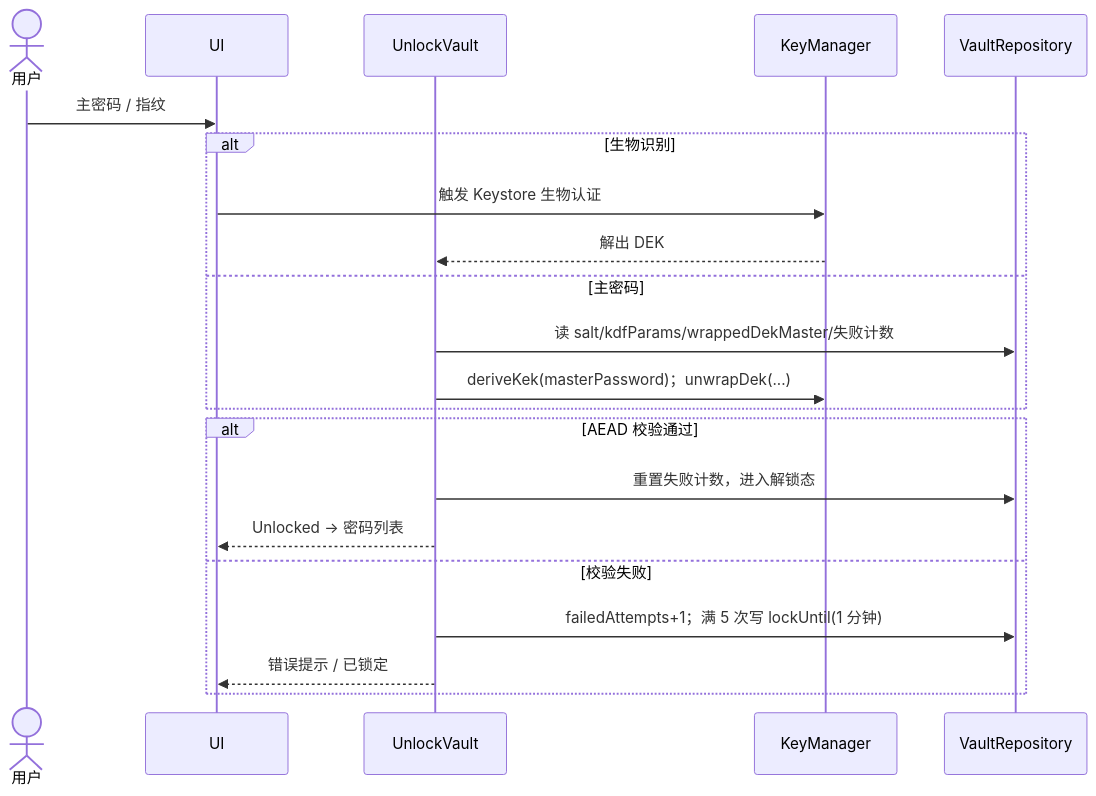
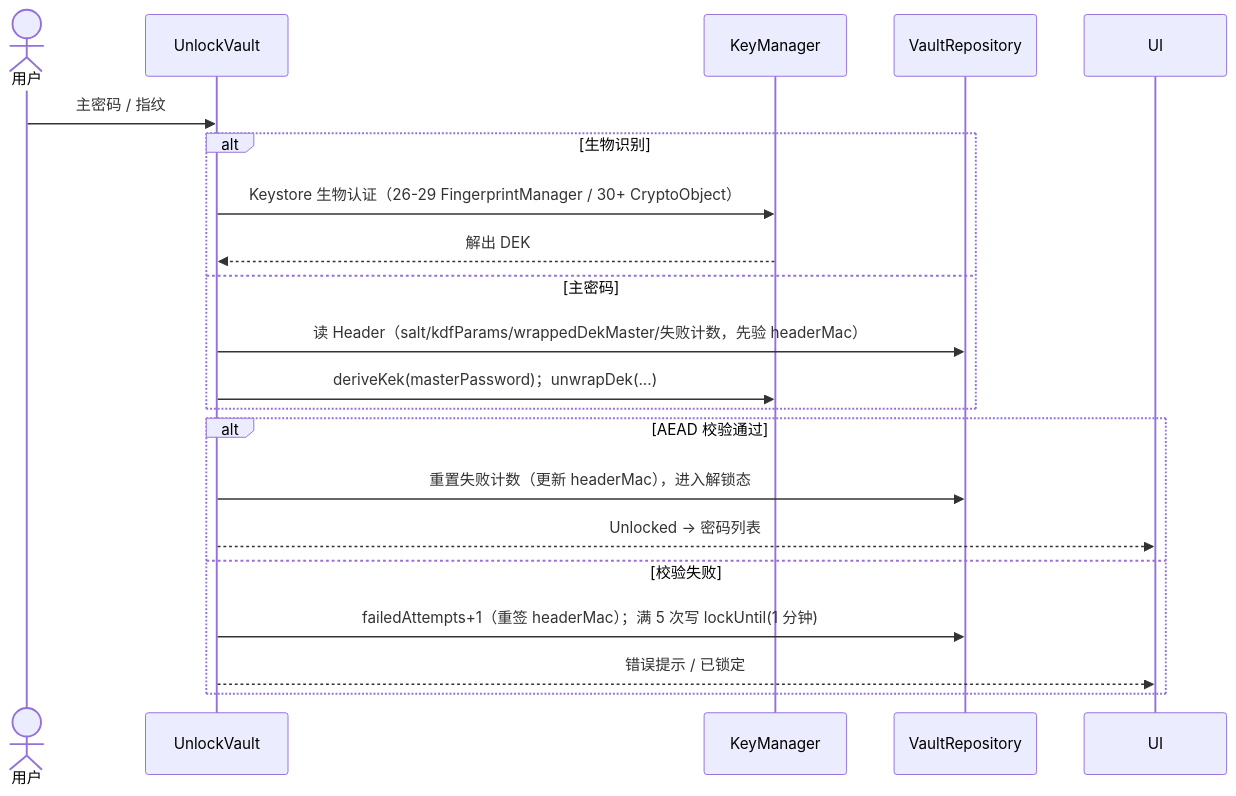
Before and after one commit to Solivagant-Soul/PasswordManager: the third of 4 diagrams in DesignDocument/技术方案.md, drawn with Mermaid. The commit also changed other lines of this file and 2 other files, not shown here.

````diff
--- a/DesignDocument/技术方案.md
+++ b/DesignDocument/技术方案.md
@@ -196,24 +247,23 @@
 ```mermaid
 sequenceDiagram
     actor U as 用户
-    participant UI as UI
     participant UC as UnlockVault
     participant KM as KeyManager
     participant Repo as VaultRepository
 
-    U->>UI: 主密码 / 指纹
+    U->>UC: 主密码 / 指纹
     alt 生物识别
-        UI->>KM: 触发 Keystore 生物认证
+        UC->>KM: Keystore 生物认证（26-29 FingerprintManager / 30+ CryptoObject）
         KM-->>UC: 解出 DEK
     else 主密码
-        UC->>Repo: 读 salt/kdfParams/wrappedDekMaster/失败计数
+        UC->>Repo: 读 Header（salt/kdfParams/wrappedDekMaster/失败计数，先验 headerMac）
         UC->>KM: deriveKek(masterPassword)；unwrapDek(...)
     end
     alt AEAD 校验通过
-        UC->>Repo: 重置失败计数，进入解锁态
+        UC->>Repo: 重置失败计数（更新 headerMac），进入解锁态
         UC-->>UI: Unlocked → 密码列表
     else 校验失败
-        UC->>Repo: failedAttempts+1；满 5 次写 lockUntil(1 分钟)
+        UC->>Repo: failedAttempts+1（重签 headerMac）；满 5 次写 lockUntil(1 分钟)
         UC-->>UI: 错误提示 / 已锁定
     end
 ```
````
